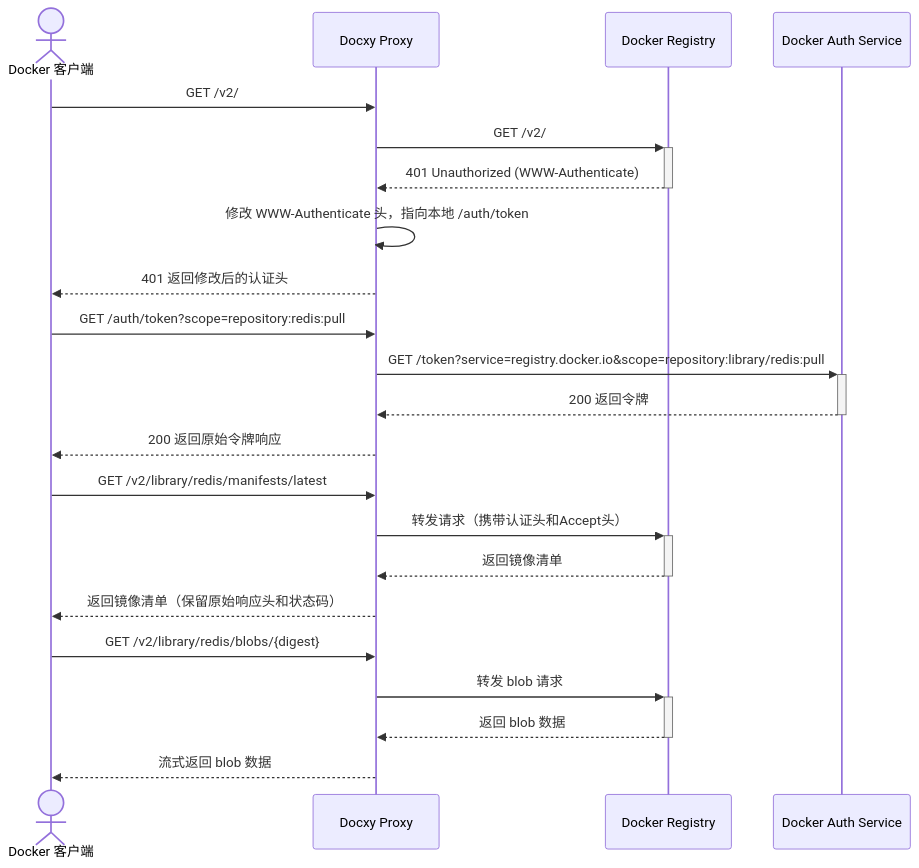
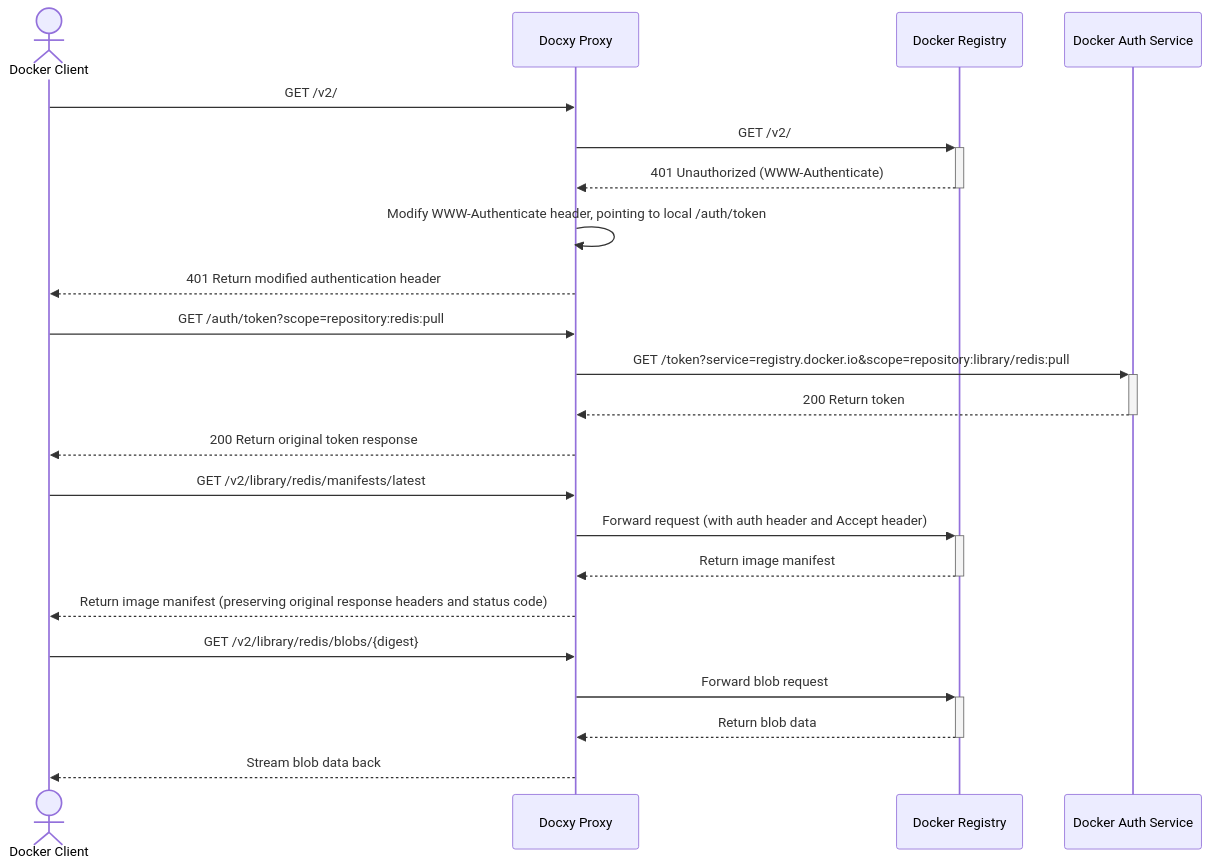
The second of 3 diagrams in README.md (harrisonwang/docxy), drawn with Mermaid before and after one commit. The commit also changed other lines of this file and 6 other files, not shown here.

````diff
--- a/README.md
+++ b/README.md
@@ -85,32 +95,32 @@
 ```mermaid
 sequenceDiagram
-    actor Client as Docker 客户端
+    actor Client as Docker Client
     participant Proxy as Docxy Proxy
     participant Registry as Docker Registry
     participant Auth as Docker Auth Service
     
-    %% 质询请求处理
+    %% Challenge Request Handling
     Client->>Proxy: GET /v2/
     Proxy->>+Registry: GET /v2/
     Registry-->>-Proxy: 401 Unauthorized (WWW-Authenticate)
-    Proxy->>Proxy: 修改 WWW-Authenticate 头，指向本地 /auth/token
-    Proxy-->>Client: 401 返回修改后的认证头
+    Proxy->>Proxy: Modify WWW-Authenticate header, pointing to local /auth/token
+    Proxy-->>Client: 401 Return modified authentication header
     
-    %% 令牌获取
+    %% Token Acquisition
     Client->>Proxy: GET /auth/token?scope=repository:redis:pull
     Proxy->>+Auth: GET /token?service=registry.docker.io&scope=repository:library/redis:pull
-    Auth-->>-Proxy: 200 返回令牌
-    Proxy-->>Client: 200 返回原始令牌响应
+    Auth-->>-Proxy: 200 Return token
+    Proxy-->>Client: 200 Return original token response
     
-    %% 镜像元数据请求处理
+    %% Image Metadata Request Handling
     Client->>Proxy: GET /v2/library/redis/manifests/latest
-    Proxy->>+Registry: 转发请求（携带认证头和Accept头）
-    Registry-->>-Proxy: 返回镜像清单
-    Proxy-->>Client: 返回镜像清单（保留原始响应头和状态码）
+    Proxy->>+Registry: Forward request (with auth header and Accept header)
+    Registry-->>-Proxy: Return image manifest
+    Proxy-->>Client: Return image manifest (preserving original response headers and status code)
     
-    %% 处理二进制数据
+    %% Binary Data Handling
     Client->>Proxy: GET /v2/library/redis/blobs/{digest}
-    Proxy->>+Registry: 转发 blob 请求
-    Registry-->>-Proxy: 返回 blob 数据
-    Proxy-->>Client: 流式返回 blob 数据
+    Proxy->>+Registry: Forward blob request
+    Registry-->>-Proxy: Return blob data
+    Proxy-->>Client: Stream blob data back
 ```
````
